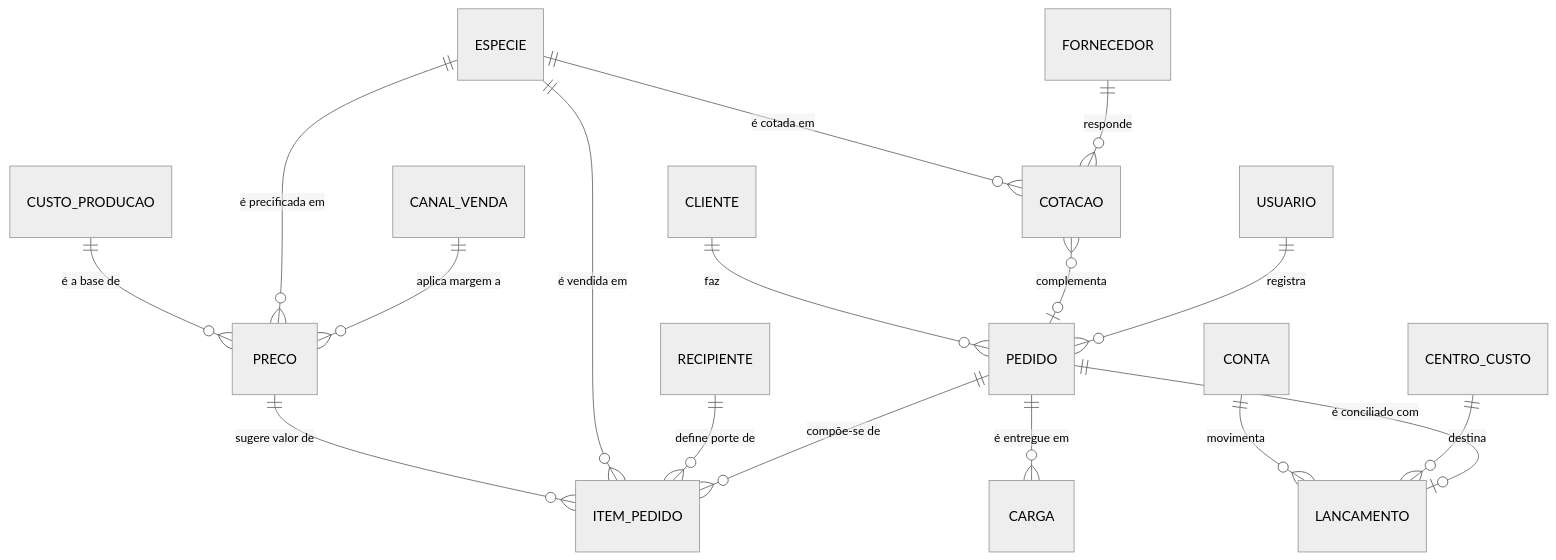
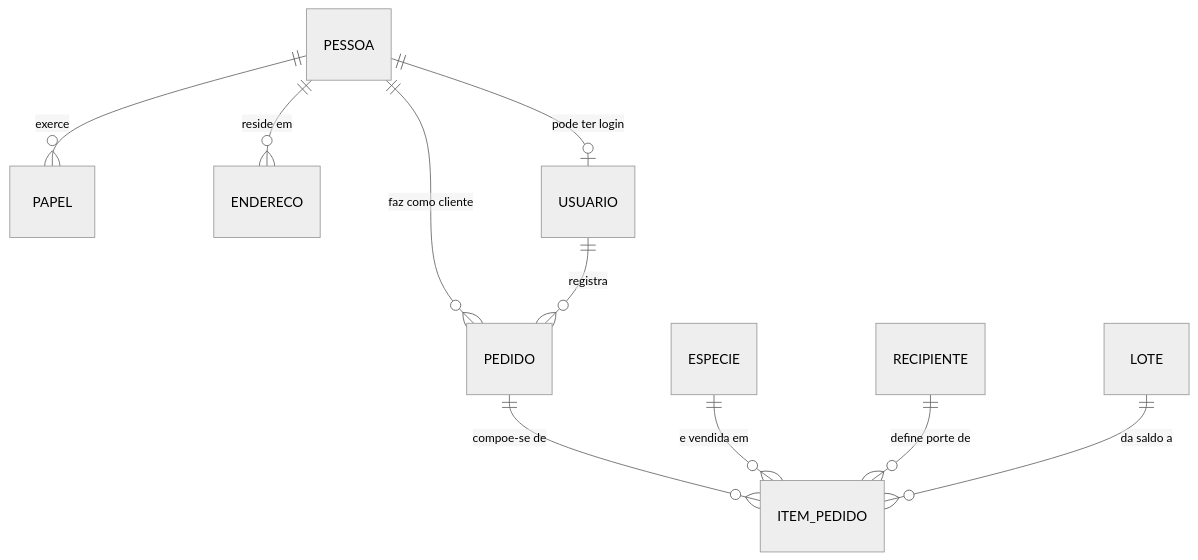
Before and after one commit to JoaoMudar/tcc: the diagram in docs/engenharia/modelo-dados-pt/mmd/fig07-conceitual-comercial.mmd, drawn with Mermaid (neutral theme). The commit also changed 49 other files, not shown here.

```diff
--- a/docs/engenharia/modelo-dados-pt/mmd/fig07-conceitual-comercial.mmd
+++ b/docs/engenharia/modelo-dados-pt/mmd/fig07-conceitual-comercial.mmd
@@ -1,20 +1,10 @@
 erDiagram
-  CUSTO_PRODUCAO ||--o{ PRECO     : "é a base de"
-  ESPECIE      ||--o{ PRECO       : "é precificada em"
-  CANAL_VENDA  ||--o{ PRECO       : "aplica margem a"
-  PRECO        ||--o{ ITEM_PEDIDO : "sugere valor de"
-
-  ESPECIE      ||--o{ ITEM_PEDIDO : "é vendida em"
+  PESSOA       ||--o{ PAPEL       : "exerce"
+  PESSOA       ||--o{ ENDERECO    : "reside em"
+  PESSOA       ||--o{ PEDIDO      : "faz como cliente"
+  PEDIDO       ||--o{ ITEM_PEDIDO : "compoe-se de"
+  ESPECIE      ||--o{ ITEM_PEDIDO : "e vendida em"
   RECIPIENTE   ||--o{ ITEM_PEDIDO : "define porte de"
-  CLIENTE      ||--o{ PEDIDO      : "faz"
-  PEDIDO       ||--o{ ITEM_PEDIDO : "compõe-se de"
-  PEDIDO       ||--o{ CARGA       : "é entregue em"
-
-  ESPECIE      ||--o{ COTACAO     : "é cotada em"
-  FORNECEDOR   ||--o{ COTACAO     : "responde"
-  COTACAO      }o--o| PEDIDO      : "complementa"
-
+  LOTE         ||--o{ ITEM_PEDIDO : "da saldo a"
   USUARIO      ||--o{ PEDIDO      : "registra"
-  CONTA        ||--o{ LANCAMENTO  : "movimenta"
-  CENTRO_CUSTO ||--o{ LANCAMENTO  : "destina"
-  PEDIDO       ||--o| LANCAMENTO  : "é conciliado com"
+  PESSOA       ||--o| USUARIO     : "pode ter login"
```
